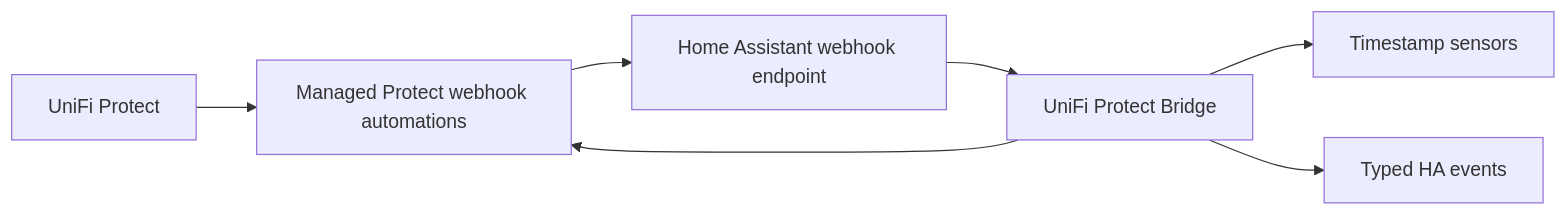
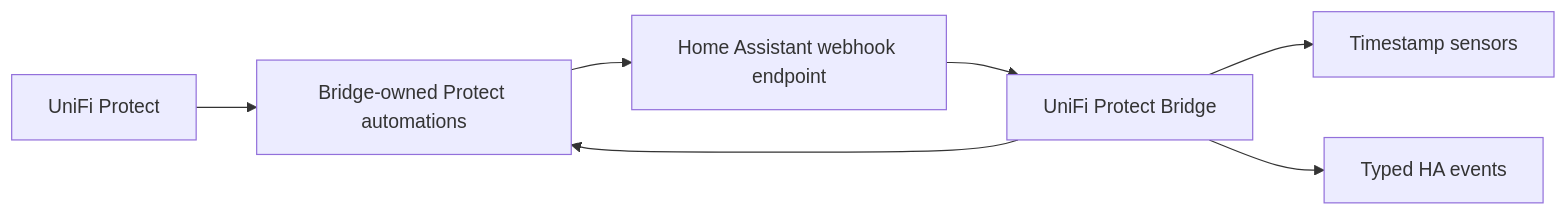
The diagram in README.md (Hovborg/unifi-protect-bridge), drawn with Mermaid before and after one commit. The commit also changed other lines of this file and 10 other files, not shown here.

````diff
--- a/README.md
+++ b/README.md
@@ -77,16 +123,16 @@
 ```mermaid
 flowchart LR
     Protect[UniFi Protect]
     Bridge[UniFi Protect Bridge]
-    Automations[Managed Protect webhook automations]
+    Rules[Bridge-owned Protect automations]
     Webhook[Home Assistant webhook endpoint]
     Sensors[Timestamp sensors]
     Events[Typed HA events]
 
-    Bridge --> Automations
-    Protect --> Automations
-    Automations --> Webhook
+    Bridge --> Rules
+    Protect --> Rules
+    Rules --> Webhook
     Webhook --> Bridge
     Bridge --> Sensors
     Bridge --> Events
 ```
````
